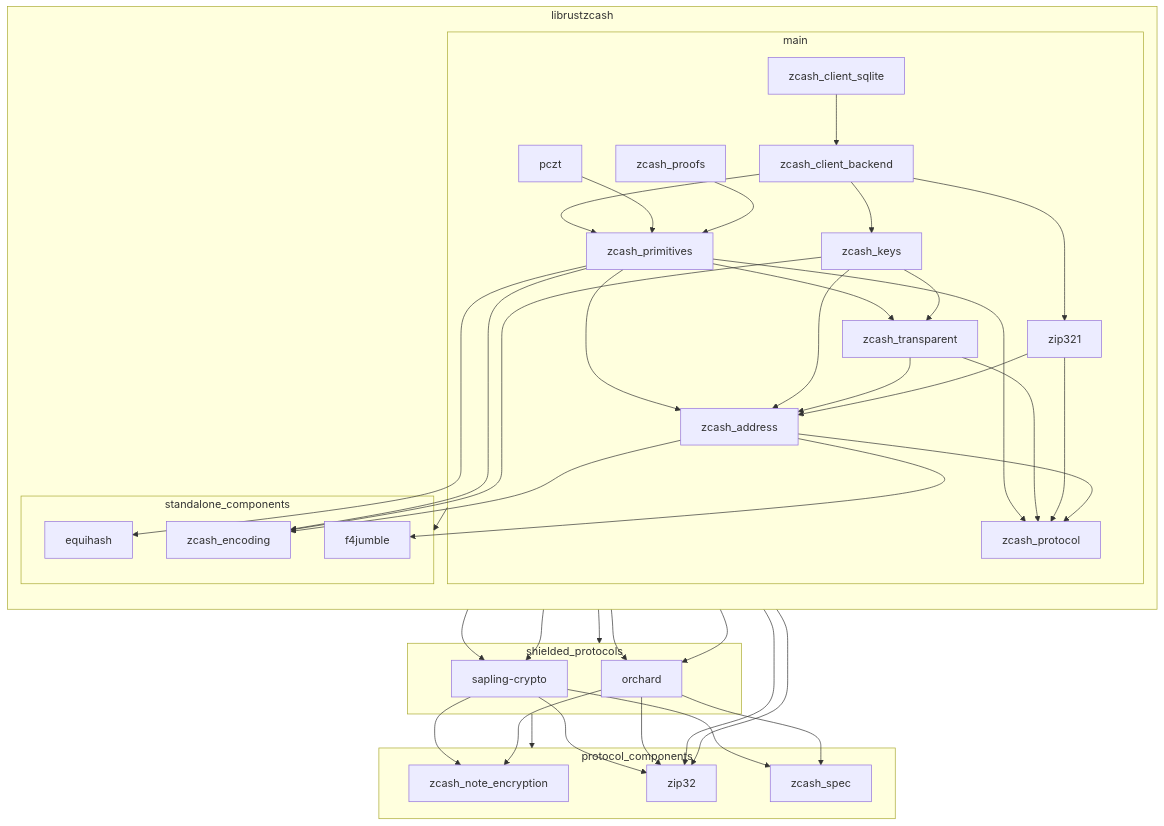
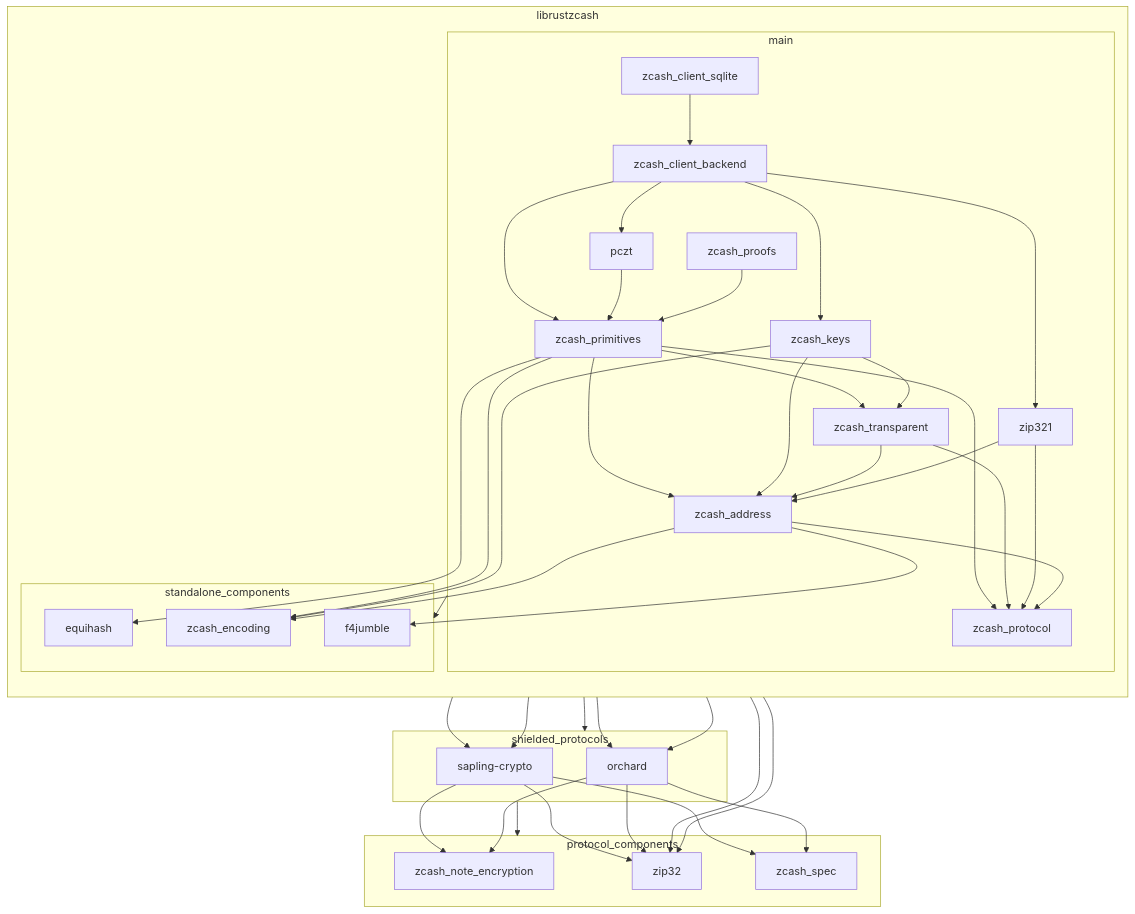
One commit to zcash/librustzcash changed the diagram in README.md. Above: the diagram before and after it, drawn with Mermaid. The commit also changed 7 other files, not shown here.

```diff
--- a/README.md
+++ b/README.md
@@ -42,6 +42,7 @@
     zcash_client_backend --> zcash_primitives
     zcash_client_backend --> zip321
     zcash_client_backend --> zcash_keys
+    zcash_client_backend --> pczt
     pczt --> zcash_primitives
     zcash_proofs --> zcash_primitives
     zcash_primitives --> zcash_protocol
```
